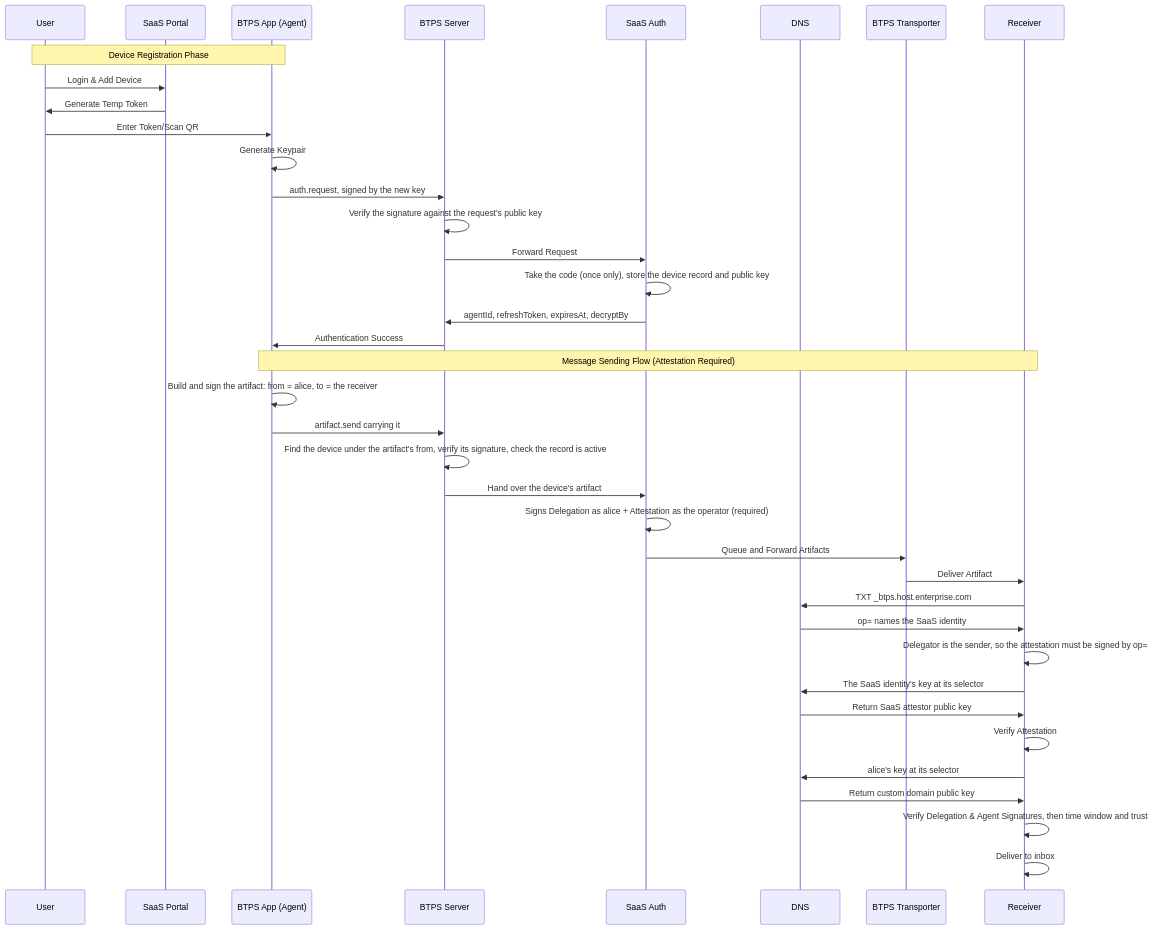
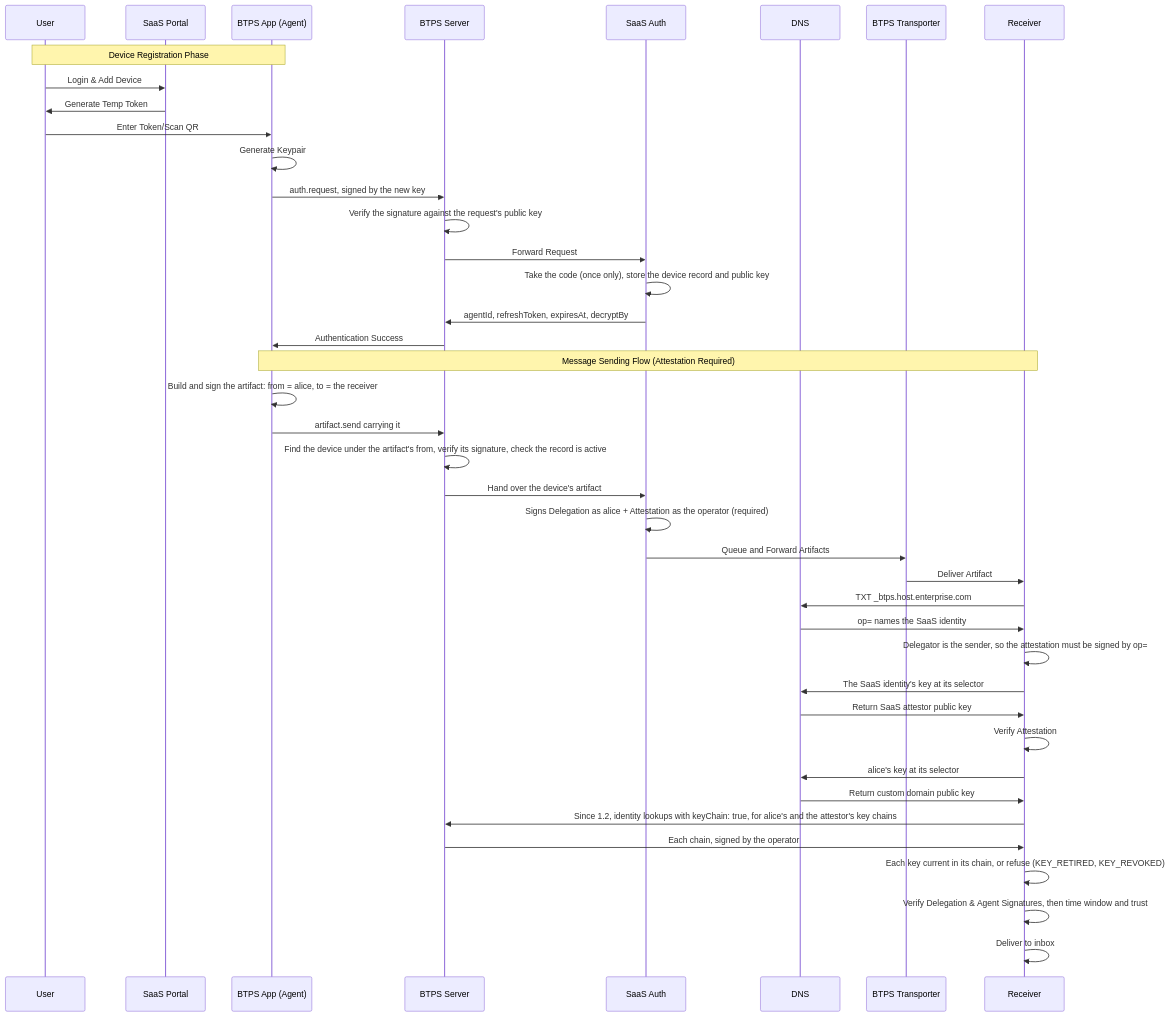
The second of 3 diagrams in docs/docusaurus/docs/protocol/delegation/delegationFlow.md (openbtps/btps-node), drawn with Mermaid before and after one commit. The commit also changed other lines of this file and 32 other files, not shown here.

````diff
--- a/docs/docusaurus/docs/protocol/delegation/delegationFlow.md
+++ b/docs/docusaurus/docs/protocol/delegation/delegationFlow.md
@@ -74,42 +77,45 @@
 ```mermaid
 sequenceDiagram
     participant User
     participant SaaS Portal
     participant BTPS App (Agent)
     participant BTPS Server
     participant SaaS Auth
     participant DNS
     participant BTPS Transporter
     participant Receiver
 
     Note over User,BTPS App (Agent): Device Registration Phase
     User->>SaaS Portal: Login & Add Device
     SaaS Portal->>User: Generate Temp Token
     User->>BTPS App (Agent): Enter Token/Scan QR
     BTPS App (Agent)->>BTPS App (Agent): Generate Keypair
     BTPS App (Agent)->>BTPS Server: auth.request, signed by the new key
     BTPS Server->>BTPS Server: Verify the signature against the request's public key
     BTPS Server->>SaaS Auth: Forward Request
     SaaS Auth->>SaaS Auth: Take the code (once only), store the device record and public key
     SaaS Auth->>BTPS Server: agentId, refreshToken, expiresAt, decryptBy
     BTPS Server->>BTPS App (Agent): Authentication Success
 
     Note over BTPS App (Agent),Receiver: Message Sending Flow (Attestation Required)
     BTPS App (Agent)->>BTPS App (Agent): Build and sign the artifact: from = alice, to = the receiver
     BTPS App (Agent)->>BTPS Server: artifact.send carrying it
     BTPS Server->>BTPS Server: Find the device under the artifact's from, verify its signature, check the record is active
     BTPS Server->>SaaS Auth: Hand over the device's artifact
     SaaS Auth->>SaaS Auth: Signs Delegation as alice + Attestation as the operator (required)
     SaaS Auth->>BTPS Transporter: Queue and Forward Artifacts
     BTPS Transporter->>Receiver: Deliver Artifact
     Receiver->>DNS: TXT _btps.host.enterprise.com
     DNS->>Receiver: op= names the SaaS identity
     Receiver->>Receiver: Delegator is the sender, so the attestation must be signed by op=
     Receiver->>DNS: The SaaS identity's key at its selector
     DNS->>Receiver: Return SaaS attestor public key
     Receiver->>Receiver: Verify Attestation
     Receiver->>DNS: alice's key at its selector
     DNS->>Receiver: Return custom domain public key
+    Receiver->>BTPS Server: Since 1.2, identity lookups with keyChain: true, for alice's and the attestor's key chains
+    BTPS Server->>Receiver: Each chain, signed by the operator
+    Receiver->>Receiver: Each key current in its chain, or refuse (KEY_RETIRED, KEY_REVOKED)
     Receiver->>Receiver: Verify Delegation & Agent Signatures, then time window and trust
     Receiver->>Receiver: Deliver to inbox
 ```
````
